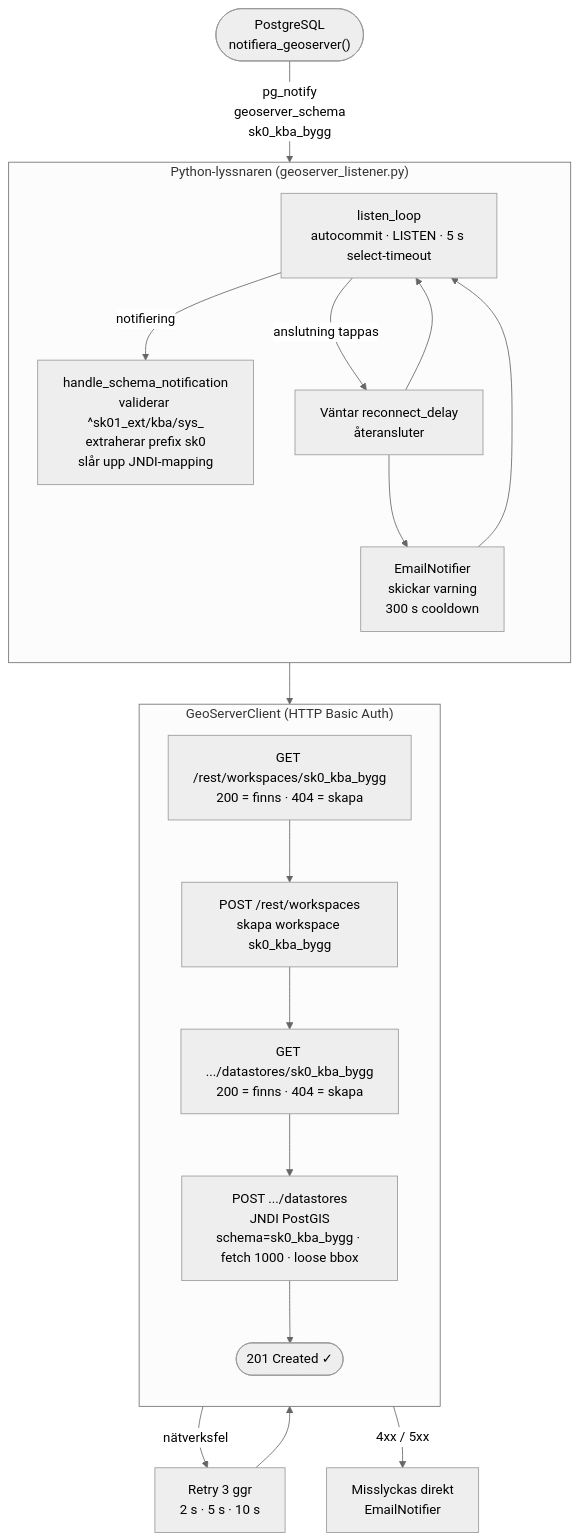
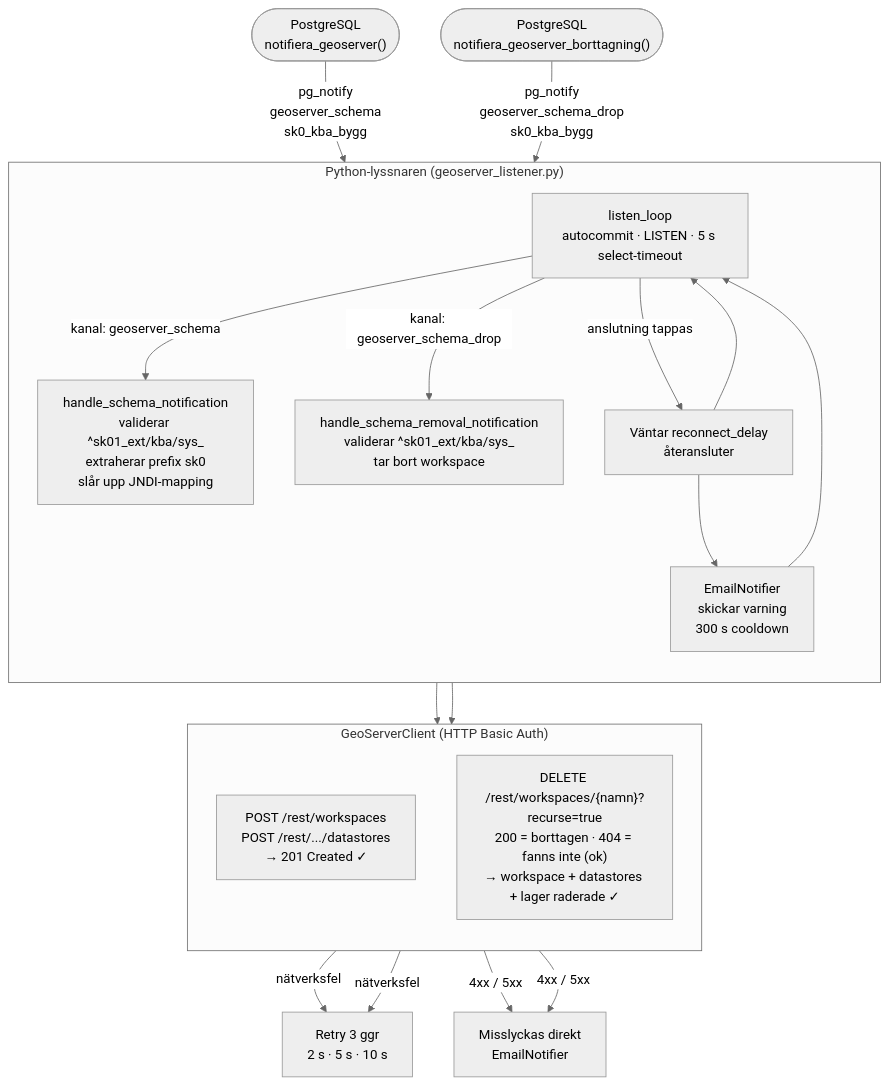
One commit to Geodata-Kungsbacka/Hex changed the ninth of 9 diagrams in LOGIC_MAP.md. Above: the diagram before and after it, drawn with Mermaid (neutral theme). The commit also changed other lines of this file and 3 other files, not shown here.

````diff
--- a/LOGIC_MAP.md
+++ b/LOGIC_MAP.md
@@ -751,30 +788,32 @@
 ```mermaid
 flowchart TD
-    PG(["PostgreSQL<br/>notifiera_geoserver()"])
-    PG --> |"pg_notify<br/>geoserver_schema<br/>sk0_kba_bygg"| LL
+    PG_C(["PostgreSQL<br/>notifiera_geoserver()"])
+    PG_D(["PostgreSQL<br/>notifiera_geoserver_borttagning()"])
+    PG_C --> |"pg_notify<br/>geoserver_schema<br/>sk0_kba_bygg"| LL
+    PG_D --> |"pg_notify<br/>geoserver_schema_drop<br/>sk0_kba_bygg"| LL
 
     subgraph PY["Python-lyssnaren (geoserver_listener.py)"]
         direction TB
         LL["listen_loop<br/>autocommit · LISTEN · 5 s select-timeout"]
-        LL --> |notifiering| HSN["handle_schema_notification<br/>validerar ^sk01_ext/kba/sys_<br/>extraherar prefix sk0<br/>slår upp JNDI-mapping"]
+        LL --> |"kanal: geoserver_schema"| HSN["handle_schema_notification<br/>validerar ^sk01_ext/kba/sys_<br/>extraherar prefix sk0<br/>slår upp JNDI-mapping"]
+        LL --> |"kanal: geoserver_schema_drop"| HRN["handle_schema_removal_notification<br/>validerar ^sk01_ext/kba/sys_<br/>tar bort workspace"]
         LL --> |"anslutning tappas"| REC["Väntar reconnect_delay<br/>återansluter"]
         REC --> EMAIL1["EmailNotifier<br/>skickar varning<br/>300 s cooldown"]
         EMAIL1 --> LL
         REC --> LL
     end
 
-    HSN --> GS1
+    HSN --> GS_CREATE
+    HRN --> GS_DELETE
 
     subgraph REST["GeoServerClient (HTTP Basic Auth)"]
         direction TB
-        GS1["GET /rest/workspaces/sk0_kba_bygg<br/>200 = finns · 404 = skapa"]
-        GS1 --> GS2["POST /rest/workspaces<br/>skapa workspace sk0_kba_bygg"]
-        GS2 --> GS3["GET .../datastores/sk0_kba_bygg<br/>200 = finns · 404 = skapa"]
-        GS3 --> GS4["POST .../datastores<br/>JNDI PostGIS<br/>schema=sk0_kba_bygg · fetch 1000 · loose bbox"]
-        GS4 --> OK(["201 Created ✓"])
+        GS_CREATE["POST /rest/workspaces<br/>POST /rest/.../datastores<br/>→ 201 Created ✓"]
+        GS_DELETE["DELETE /rest/workspaces/{namn}?recurse=true<br/>200 = borttagen · 404 = fanns inte (ok)<br/>→ workspace + datastores + lager raderade ✓"]
     end
 
-    GS4 --> |"nätverksfel"| RETRY["Retry 3 ggr<br/>2 s · 5 s · 10 s"]
-    RETRY --> GS1
-    GS4 --> |"4xx / 5xx"| FAIL["Misslyckas direkt<br/>EmailNotifier"]
+    GS_CREATE --> |"nätverksfel"| RETRY["Retry 3 ggr<br/>2 s · 5 s · 10 s"]
+    GS_DELETE --> |"nätverksfel"| RETRY
+    GS_CREATE --> |"4xx / 5xx"| FAIL["Misslyckas direkt<br/>EmailNotifier"]
+    GS_DELETE --> |"4xx / 5xx"| FAIL
 ```
````
